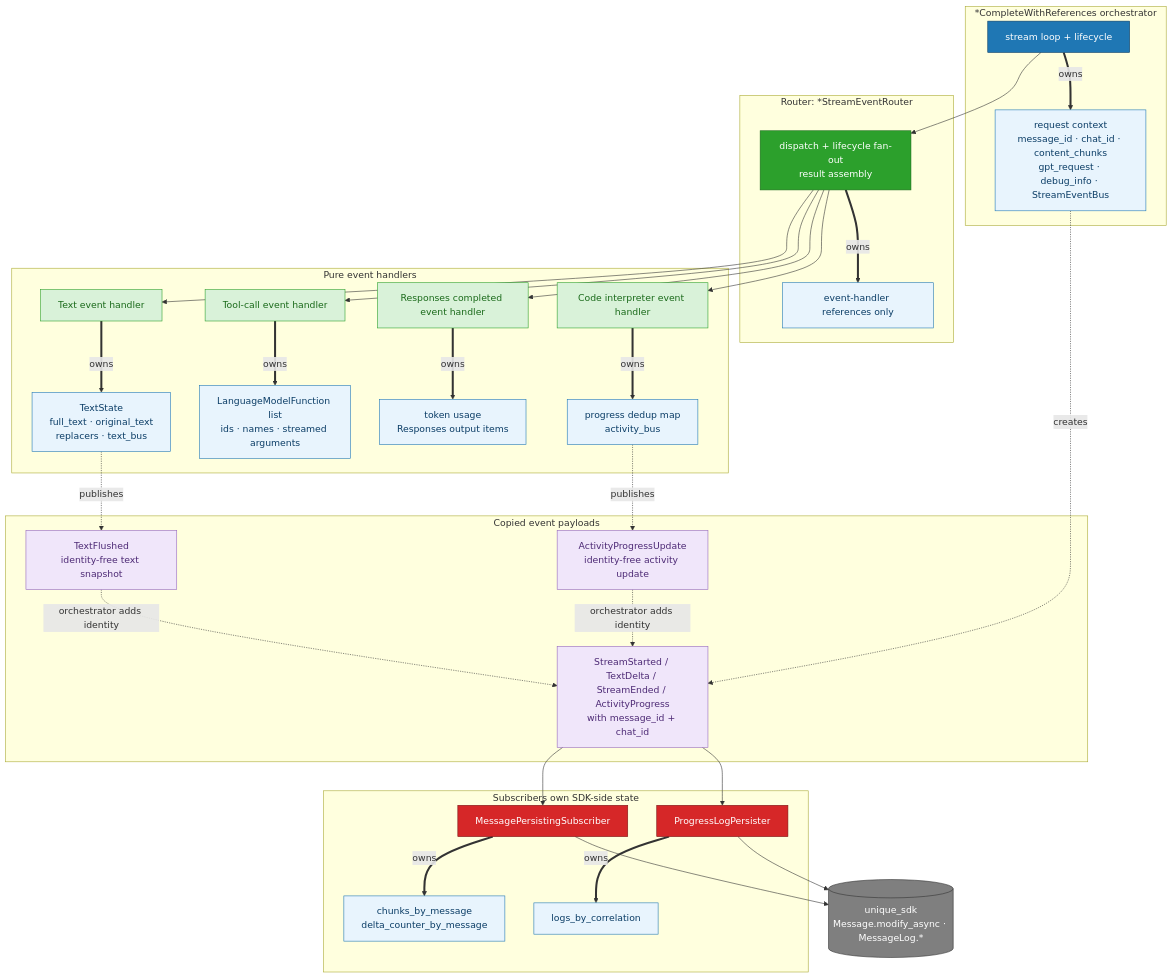
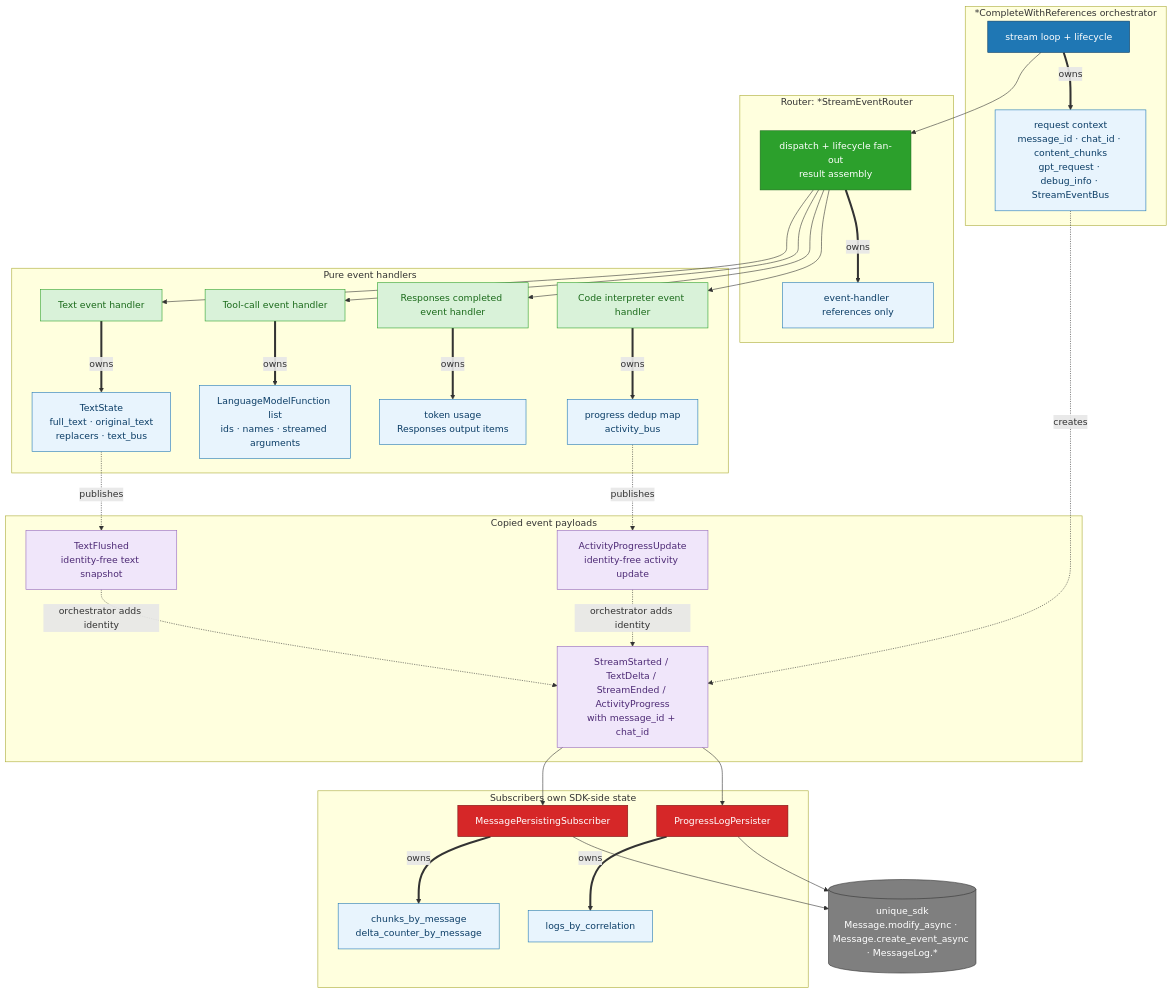
One commit to Unique-AG/ai changed the third of 18 diagrams in unique_toolkit/docs/streaming_architecture_visual.md. Above: the diagram before and after it, drawn with Mermaid. The commit also changed other lines of this file and 1 other file, not shown here.

````diff
--- a/unique_toolkit/docs/streaming_architecture_visual.md
+++ b/unique_toolkit/docs/streaming_architecture_visual.md
@@ -77,71 +77,71 @@
 ```mermaid
 flowchart TB
     classDef owner fill:#1f77b4,color:#fff,stroke:#0b3d66
     classDef data fill:#e8f4fd,stroke:#1f77b4,color:#0b3d66
     classDef route fill:#2ca02c,color:#fff,stroke:#1a6a1a
     classDef hnd fill:#d9f2d9,stroke:#2ca02c,color:#1a6a1a
     classDef event fill:#f0e6fa,stroke:#9467bd,color:#4d2a75
     classDef sub fill:#d62728,color:#fff,stroke:#7a1515
     classDef sdk fill:#7f7f7f,color:#fff,stroke:#333
 
     subgraph O["*CompleteWithReferences orchestrator"]
         ORCH[stream loop + lifecycle]:::owner
         ODATA[request context<br/>message_id · chat_id · content_chunks<br/>gpt_request · debug_info · StreamEventBus]:::data
     end
 
     subgraph R["Router: *StreamEventRouter"]
         ROUTER[dispatch + lifecycle fan-out<br/>result assembly]:::route
         RDATA[event-handler references only]:::data
     end
 
     subgraph H["Pure event handlers"]
         TEXT[Text event handler]:::hnd
         TEXTDATA[TextState<br/>full_text · original_text<br/>replacers · text_bus]:::data
         TOOLS[Tool-call event handler]:::hnd
         TOOLSDATA[LanguageModelFunction list<br/>ids · names · streamed arguments]:::data
         DONE[Responses completed event handler]:::hnd
         DONEDATA[token usage<br/>Responses output items]:::data
         CI[Code interpreter event handler]:::hnd
         CIDATA[progress dedup map<br/>activity_bus]:::data
     end
 
     subgraph E["Copied event payloads"]
         TF[TextFlushed<br/>identity-free text snapshot]:::event
         APU[ActivityProgressUpdate<br/>identity-free activity update]:::event
         SE[StreamStarted / TextDelta / StreamEnded / ActivityProgress<br/>with message_id + chat_id]:::event
     end
 
     subgraph S["Subscribers own SDK-side state"]
         MP[MessagePersistingSubscriber]:::sub
         MPDATA[chunks_by_message<br/>delta_counter_by_message]:::data
         PL[ProgressLogPersister]:::sub
         PLDATA[logs_by_correlation]:::data
     end
 
-    SDK[(unique_sdk<br/>Message.modify_async · MessageLog.*)]:::sdk
+    SDK[(unique_sdk<br/>Message.modify_async · Message.create_event_async · MessageLog.*)]:::sdk
 
     ORCH ==>|owns| ODATA
     ROUTER ==>|owns| RDATA
     TEXT ==>|owns| TEXTDATA
     TOOLS ==>|owns| TOOLSDATA
     DONE ==>|owns| DONEDATA
     CI ==>|owns| CIDATA
     MP ==>|owns| MPDATA
     PL ==>|owns| PLDATA
 
     ORCH --> ROUTER
     ROUTER --> TEXT
     ROUTER --> TOOLS
     ROUTER --> DONE
     ROUTER --> CI
 
     TEXTDATA -.->|publishes| TF
     CIDATA -.->|publishes| APU
     TF -.->|orchestrator adds identity| SE
     APU -.->|orchestrator adds identity| SE
     ODATA -.->|creates| SE
     SE --> MP
     SE --> PL
     MP --> SDK
     PL --> SDK
 ```
````
